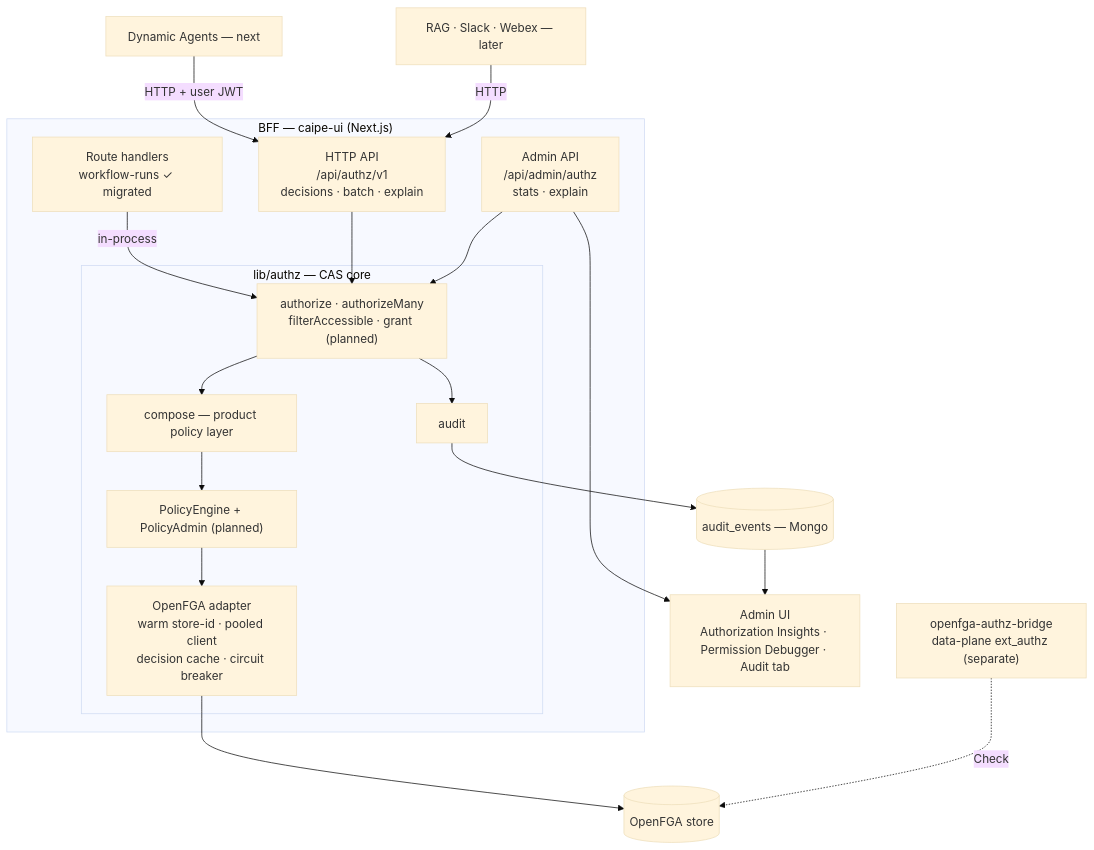
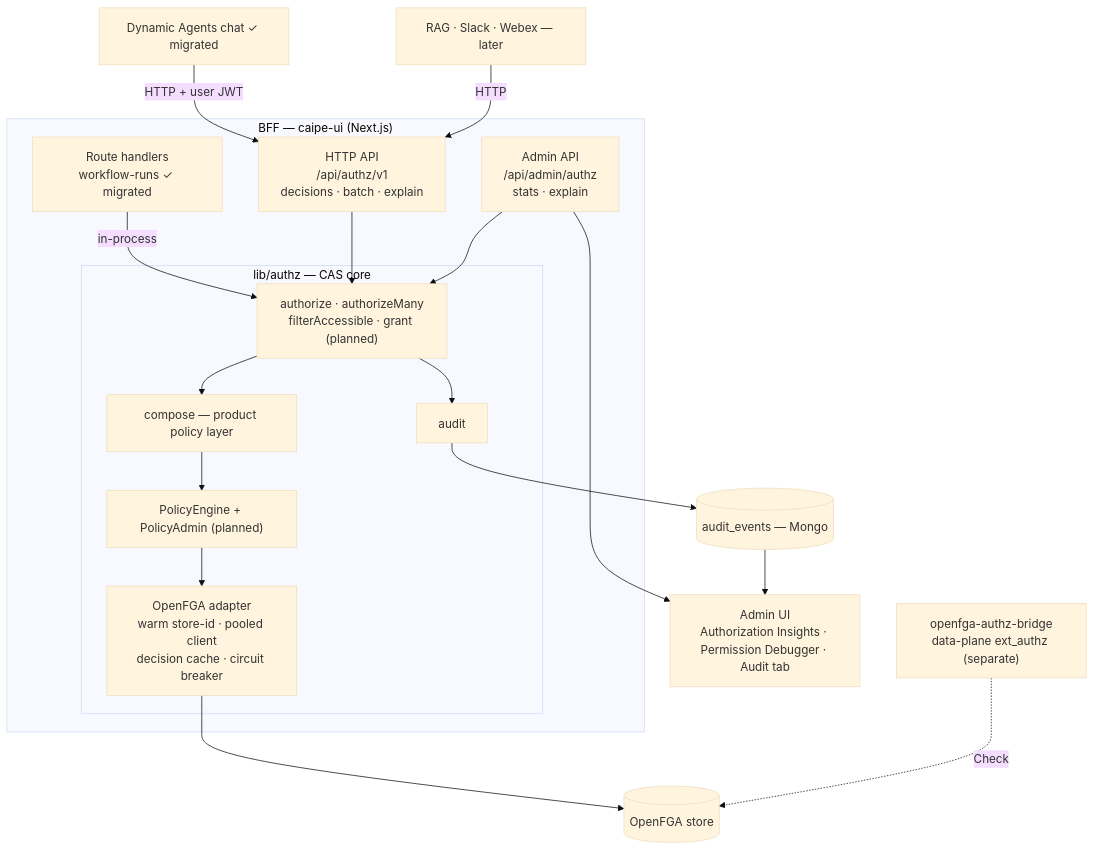
The first of 4 diagrams in docs/docs/specs/2026-06-06-cas-implementation/architecture.md (cnoe-io/ai-platform-engineering), drawn with Mermaid (base theme) before and after one commit. The commit also changed other lines of this file and 2 other files, not shown here.

````diff
--- a/docs/docs/specs/2026-06-06-cas-implementation/architecture.md
+++ b/docs/docs/specs/2026-06-06-cas-implementation/architecture.md
@@ -14,28 +15,28 @@
 ```mermaid
 flowchart TB
   subgraph BFF["BFF — caipe-ui (Next.js)"]
     R["Route handlers<br/>workflow-runs ✓ migrated"]
     V1["HTTP API<br/>/api/authz/v1<br/>decisions · batch · explain"]
     AD["Admin API<br/>/api/admin/authz<br/>stats · explain"]
     subgraph CAS["lib/authz — CAS core"]
       P["authorize · authorizeMany<br/>filterAccessible · grant (planned)"]
       CMP["compose — product policy layer"]
       ENG["PolicyEngine + PolicyAdmin (planned)"]
       OFA["OpenFGA adapter<br/>warm store-id · pooled client<br/>decision cache · circuit breaker"]
       AU["audit"]
       P --> CMP --> ENG --> OFA
       P --> AU
     end
     R -->|in-process| P
     V1 --> P
     AD --> P
   end
 
-  DA["Dynamic Agents — next"] -->|HTTP + user JWT| V1
+  DA["Dynamic Agents chat ✓ migrated"] -->|HTTP + user JWT| V1
   RB["RAG · Slack · Webex — later"] -->|HTTP| V1
   OFA --> STORE[("OpenFGA store")]
   AU --> M[("audit_events — Mongo")]
   M --> UIADMIN["Admin UI<br/>Authorization Insights · Permission Debugger · Audit tab"]
   AD --> UIADMIN
   BR["openfga-authz-bridge<br/>data-plane ext_authz (separate)"] -. Check .-> STORE
 ```
````
